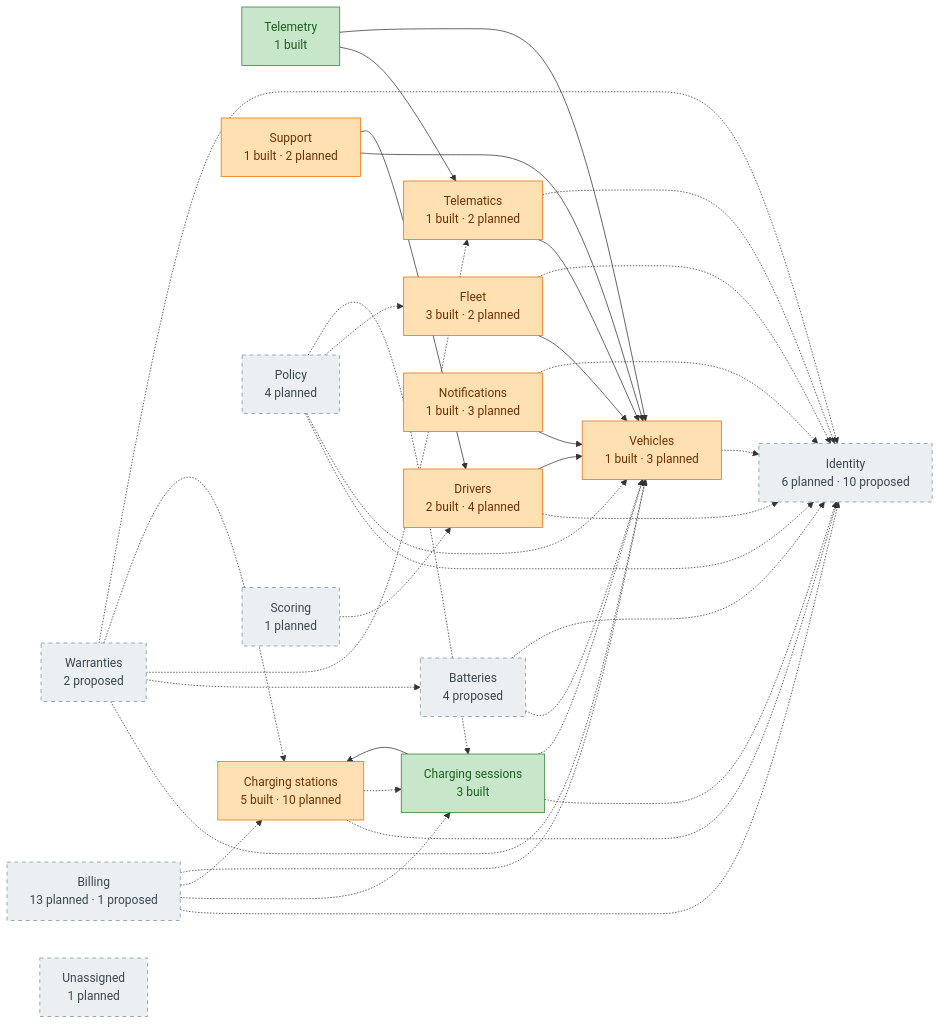
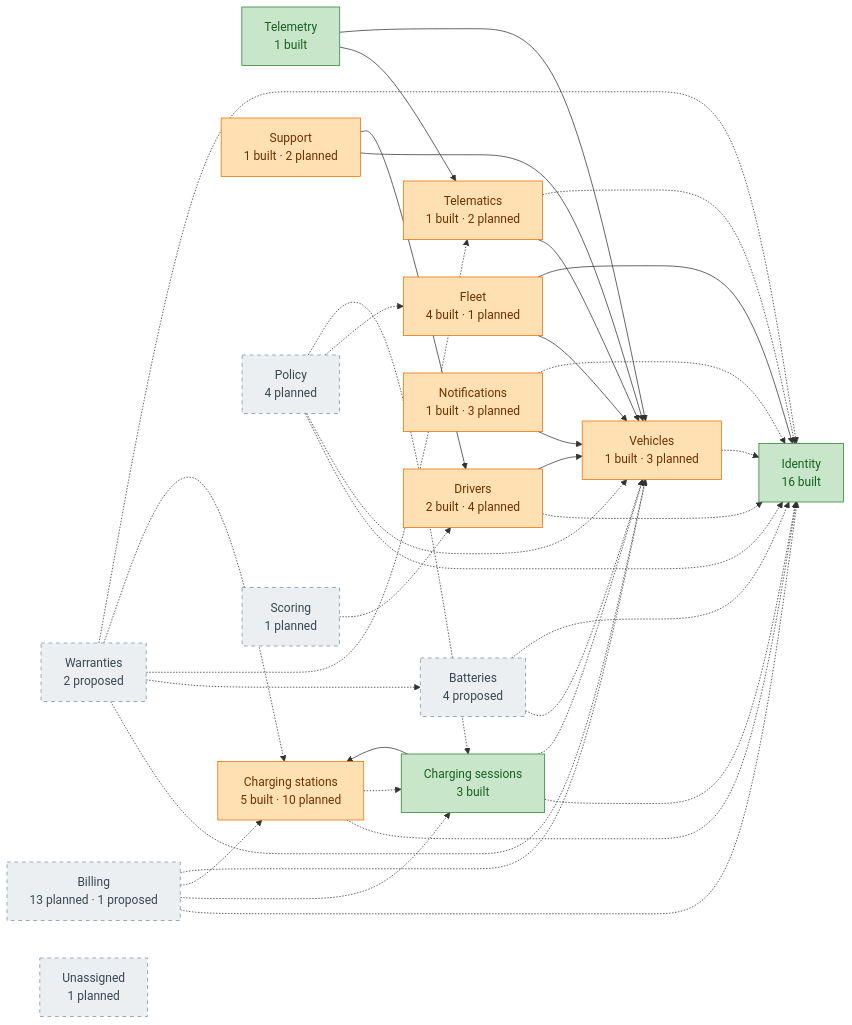
One commit to yolo-coccoc/G3Network-app changed the diagram in docs/design/domain-model/overview.md. Above: the diagram before and after it, drawn with Mermaid. The commit also changed other lines of this file and 39 other files, not shown here.

````diff
--- a/docs/design/domain-model/overview.md
+++ b/docs/design/domain-model/overview.md
@@ -28,56 +28,56 @@
 ```mermaid
 flowchart LR
-  identity["Identity<br/>6 planned · 10 proposed"]:::planned
+  identity["Identity<br/>16 built"]:::built
   vehicles["Vehicles<br/>1 built · 3 planned"]:::partial
   batteries["Batteries<br/>4 proposed"]:::planned
   warranties["Warranties<br/>2 proposed"]:::planned
   telematics["Telematics<br/>1 built · 2 planned"]:::partial
   telemetry["Telemetry<br/>1 built"]:::built
   drivers["Drivers<br/>2 built · 4 planned"]:::partial
-  fleet["Fleet<br/>3 built · 2 planned"]:::partial
+  fleet["Fleet<br/>4 built · 1 planned"]:::partial
   charging_stations["Charging stations<br/>5 built · 10 planned"]:::partial
   charging_sessions["Charging sessions<br/>3 built"]:::built
   notifications["Notifications<br/>1 built · 3 planned"]:::partial
   support["Support<br/>1 built · 2 planned"]:::partial
   policy["Policy<br/>4 planned"]:::planned
   billing["Billing<br/>13 planned · 1 proposed"]:::planned
   scoring["Scoring<br/>1 planned"]:::planned
   unassigned["Unassigned<br/>1 planned"]:::planned
   batteries -.-> vehicles
   warranties -.-> vehicles
   warranties -.-> batteries
   warranties -.-> telematics
   warranties -.-> charging_stations
   telematics --> vehicles
   telemetry --> telematics
   telemetry --> vehicles
   drivers -.-> identity
   drivers --> vehicles
   fleet --> vehicles
-  fleet -.-> identity
+  fleet --> identity
   charging_stations -.-> identity
   charging_stations -.-> charging_sessions
   charging_sessions --> charging_stations
   charging_sessions -.-> identity
   charging_sessions -.-> vehicles
   notifications --> vehicles
   notifications -.-> identity
   support --> vehicles
   support --> drivers
   policy -.-> identity
   policy -.-> vehicles
   policy -.-> fleet
   policy -.-> charging_sessions
   billing -.-> identity
   billing -.-> charging_sessions
   billing -.-> charging_stations
   billing -.-> vehicles
   scoring -.-> drivers
   vehicles -.-> identity
   batteries -.-> identity
   warranties -.-> identity
   telematics -.-> identity
   classDef built fill:#C8E6C9,stroke:#2E7D32,color:#1B5E20
   classDef partial fill:#FFE0B2,stroke:#EF6C00,color:#6D3100
   classDef planned fill:#ECEFF1,stroke:#78909C,color:#37474F,stroke-dasharray:5 5
 ```
````
